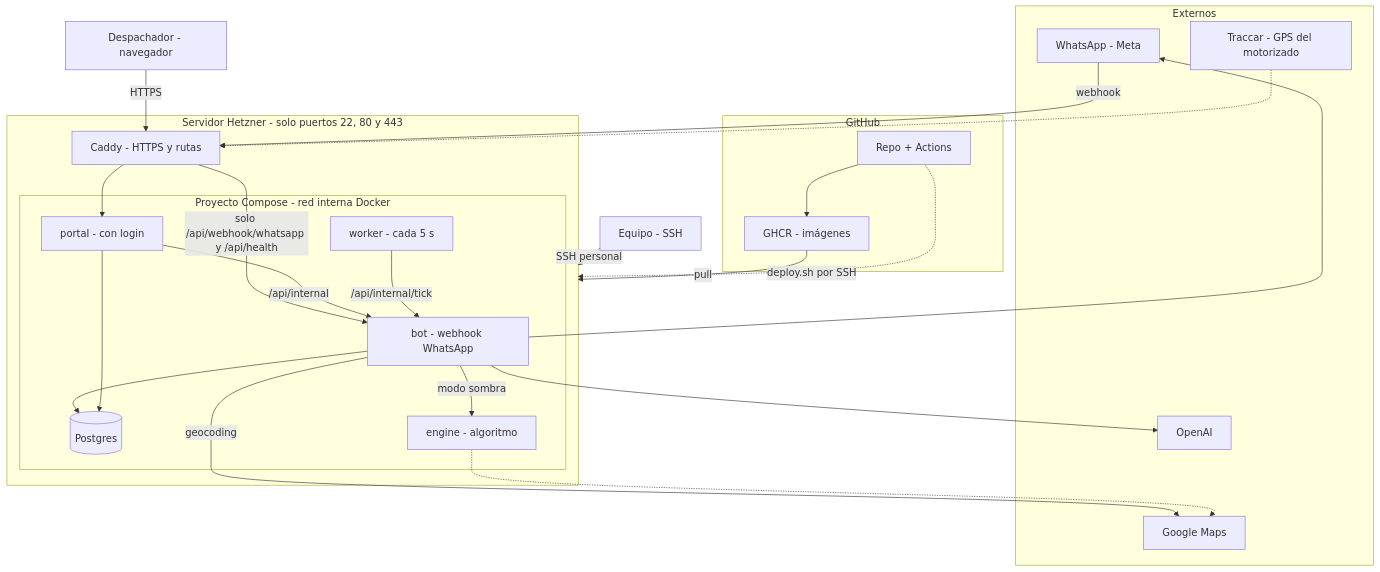
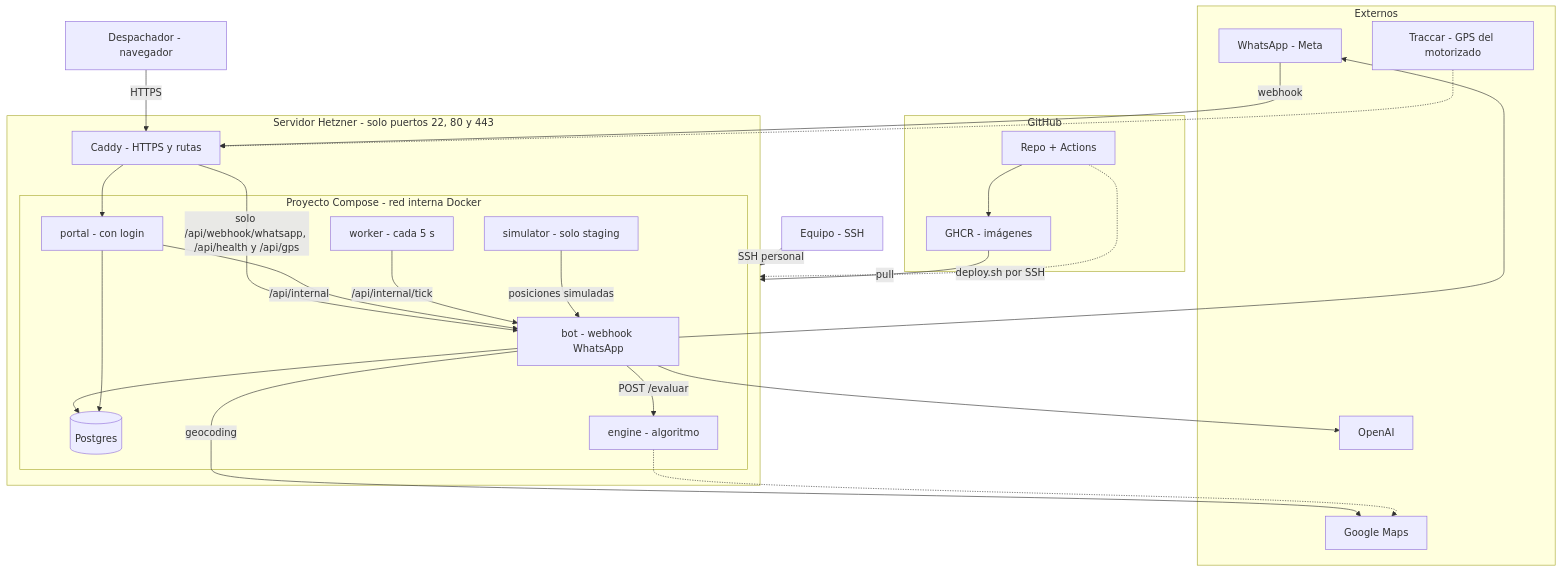
The first of 7 diagrams in docs/INFRAESTRUCTURA.md (clapi-labs/clapi-dispatch), drawn with Mermaid before and after one commit. The commit also changed other lines of this file and 14 other files, not shown here.

````diff
--- a/docs/INFRAESTRUCTURA.md
+++ b/docs/INFRAESTRUCTURA.md
@@ -25,52 +27,54 @@
 ```mermaid
 flowchart TB
     subgraph Externos
         WA[WhatsApp - Meta]
         OAI[OpenAI]
         GM[Google Maps]
         TR[Traccar - GPS del motorizado]
     end
 
     DESP[Despachador - navegador]
     DEV[Equipo - SSH]
 
     subgraph GH[GitHub]
         REPO[Repo + Actions]
         GHCR[GHCR - imágenes]
     end
 
     subgraph VPS[Servidor Hetzner - solo puertos 22, 80 y 443]
         CADDY[Caddy - HTTPS y rutas]
 
         subgraph STG[Proyecto Compose - red interna Docker]
             BOT[bot - webhook WhatsApp]
             PORTAL[portal - con login]
             WORKER[worker - cada 5 s]
             PG[(Postgres)]
             ENGINE[engine - algoritmo]
+            SIM[simulator - solo staging]
         end
     end
 
     WA -- webhook --> CADDY
     TR -.-> CADDY
     DESP -- HTTPS --> CADDY
-    CADDY -- "solo /api/webhook/whatsapp y /api/health" --> BOT
+    CADDY -- "solo /api/webhook/whatsapp, /api/health y /api/gps" --> BOT
     CADDY --> PORTAL
 
     BOT --> WA
     BOT --> OAI
     BOT -- geocoding --> GM
     BOT --> PG
     PORTAL --> PG
     PORTAL -- "/api/internal" --> BOT
     WORKER -- "/api/internal/tick" --> BOT
-    BOT -- "modo sombra" --> ENGINE
+    BOT -- "POST /evaluar" --> ENGINE
+    SIM -- "posiciones simuladas" --> BOT
     ENGINE -.-> GM
 
     REPO --> GHCR
     GHCR -- pull --> VPS
     REPO -. "deploy.sh por SSH" .-> VPS
     DEV -- "SSH personal" --> VPS
 
     classDef pendiente stroke-dasharray: 5 5
 ```
````
